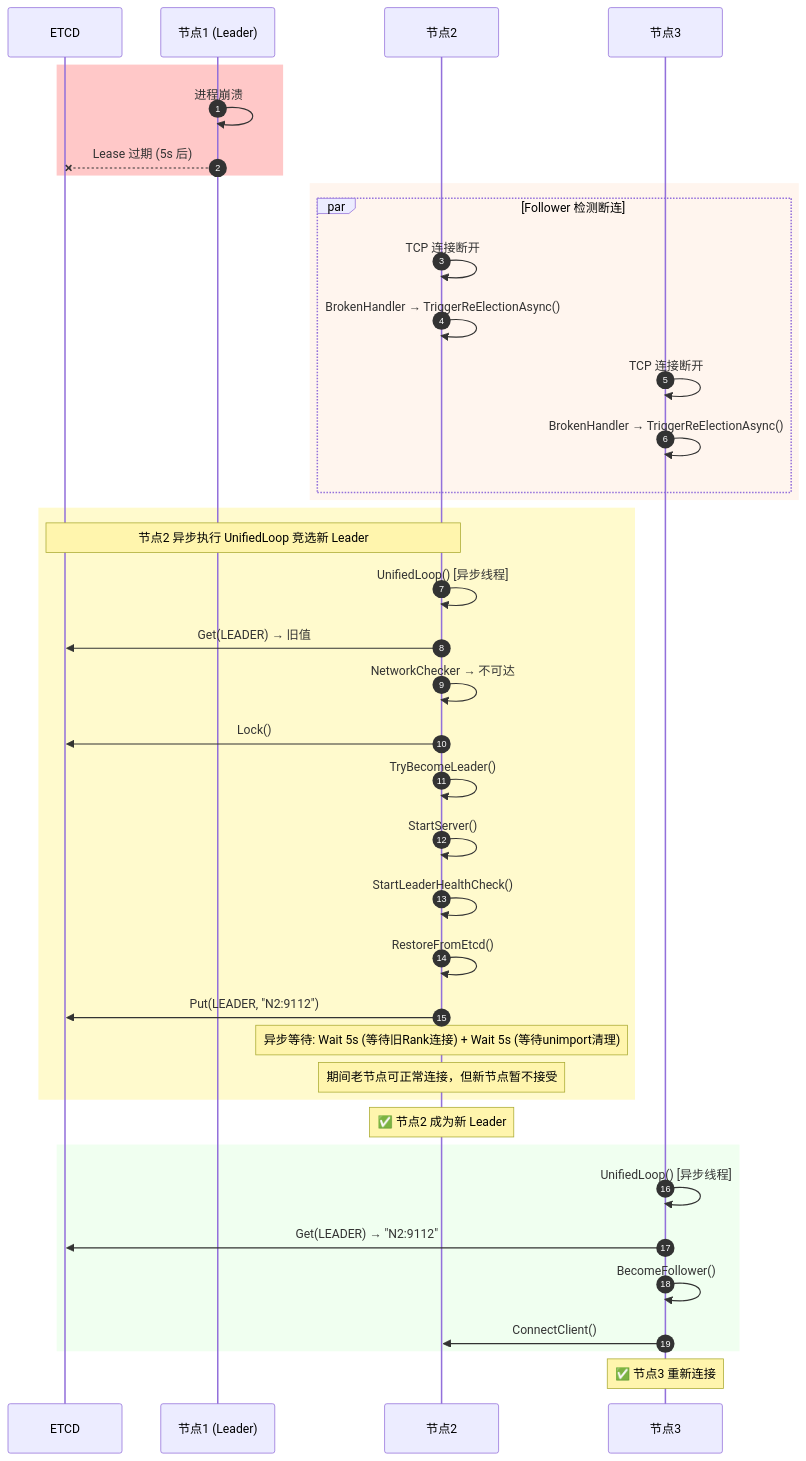
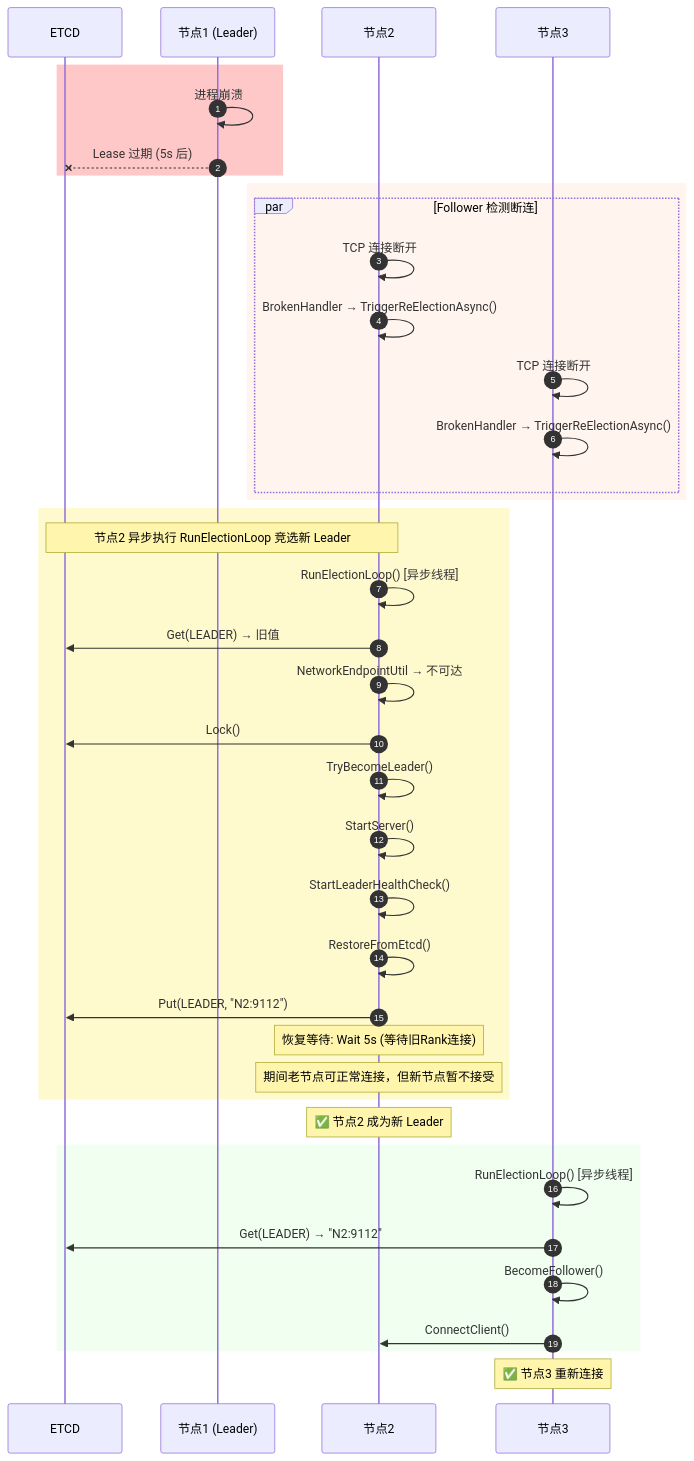
One commit to Ascend/memfabric_hybrid changed the sixth of 9 diagrams in doc/config_store_cluster_ha.md. Above: the diagram before and after it, drawn with Mermaid. The commit also changed other lines of this file and 25 other files, not shown here.

````diff
--- a/doc/config_store_cluster_ha.md
+++ b/doc/config_store_cluster_ha.md
@@ -251,46 +251,46 @@
 ```mermaid
 sequenceDiagram
 autonumber
 participant ETCD as ETCD
 participant N1 as 节点1 (Leader)
 participant N2 as 节点2
 participant N3 as 节点3
 
 rect rgb(255, 200, 200)
 N1->>N1: 进程崩溃
 N1--xETCD: Lease 过期 (5s 后)
 end
 
 rect rgb(255, 245, 238)
 par Follower 检测断连
 N2->>N2: TCP 连接断开
 N2->>N2: BrokenHandler → TriggerReElectionAsync()
 N3->>N3: TCP 连接断开
 N3->>N3: BrokenHandler → TriggerReElectionAsync()
 end
 end
 
 rect rgb(255, 250, 205)
-Note over N2,ETCD: 节点2 异步执行 UnifiedLoop 竞选新 Leader
-N2->>N2: UnifiedLoop() [异步线程]
+Note over N2,ETCD: 节点2 异步执行 RunElectionLoop 竞选新 Leader
+N2->>N2: RunElectionLoop() [异步线程]
 N2->>ETCD: Get(LEADER) → 旧值
-N2->>N2: NetworkChecker → 不可达
+N2->>N2: NetworkEndpointUtil → 不可达
 N2->>ETCD: Lock()
 N2->>N2: TryBecomeLeader()
 N2->>N2: StartServer()
 N2->>N2: StartLeaderHealthCheck()
 N2->>N2: RestoreFromEtcd()
 N2->>ETCD: Put(LEADER, "N2:9112")
-Note over N2: 异步等待: Wait 5s (等待旧Rank连接) + Wait 5s (等待unimport清理)
+Note over N2: 恢复等待: Wait 5s (等待旧Rank连接)
 Note over N2: 期间老节点可正常连接，但新节点暂不接受
 end
 Note over N2: ✅ 节点2 成为新 Leader
 
 rect rgb(240, 255, 240)
-N3->>N3: UnifiedLoop() [异步线程]
+N3->>N3: RunElectionLoop() [异步线程]
 N3->>ETCD: Get(LEADER) → "N2:9112"
 N3->>N3: BecomeFollower()
 N3->>N2: ConnectClient()
 end
 Note over N3: ✅ 节点3 重新连接
 ```
````
